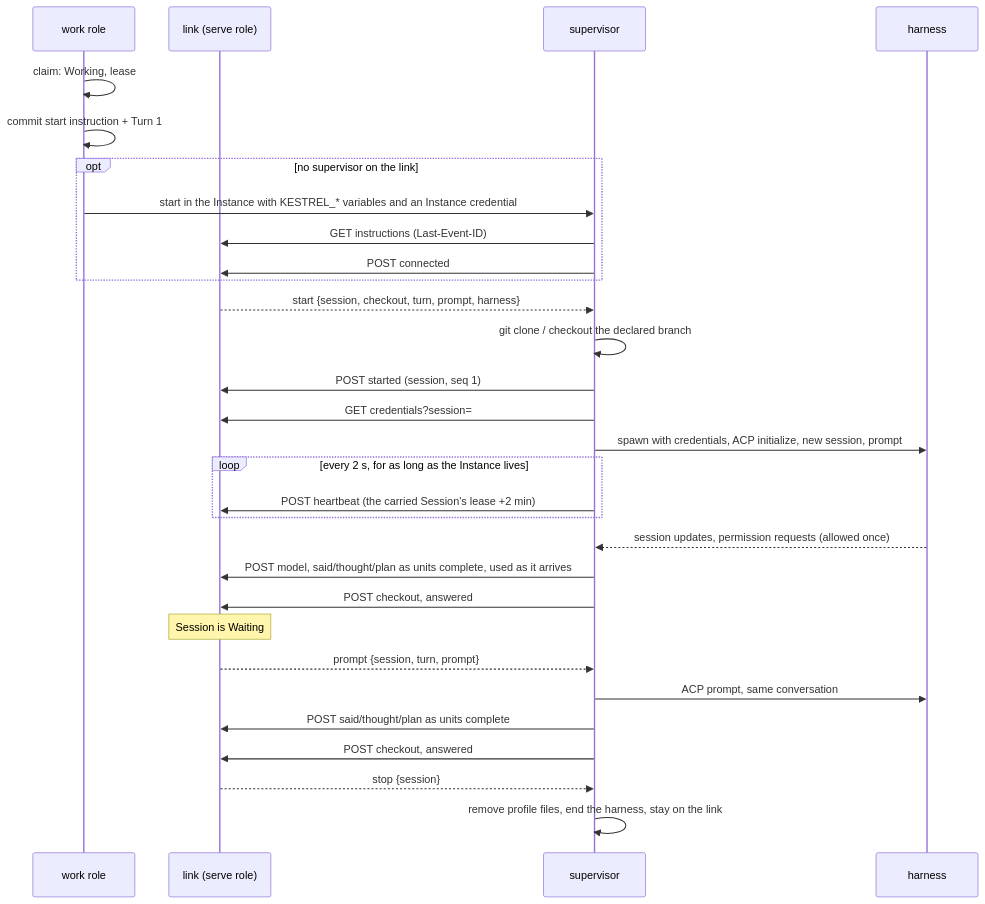
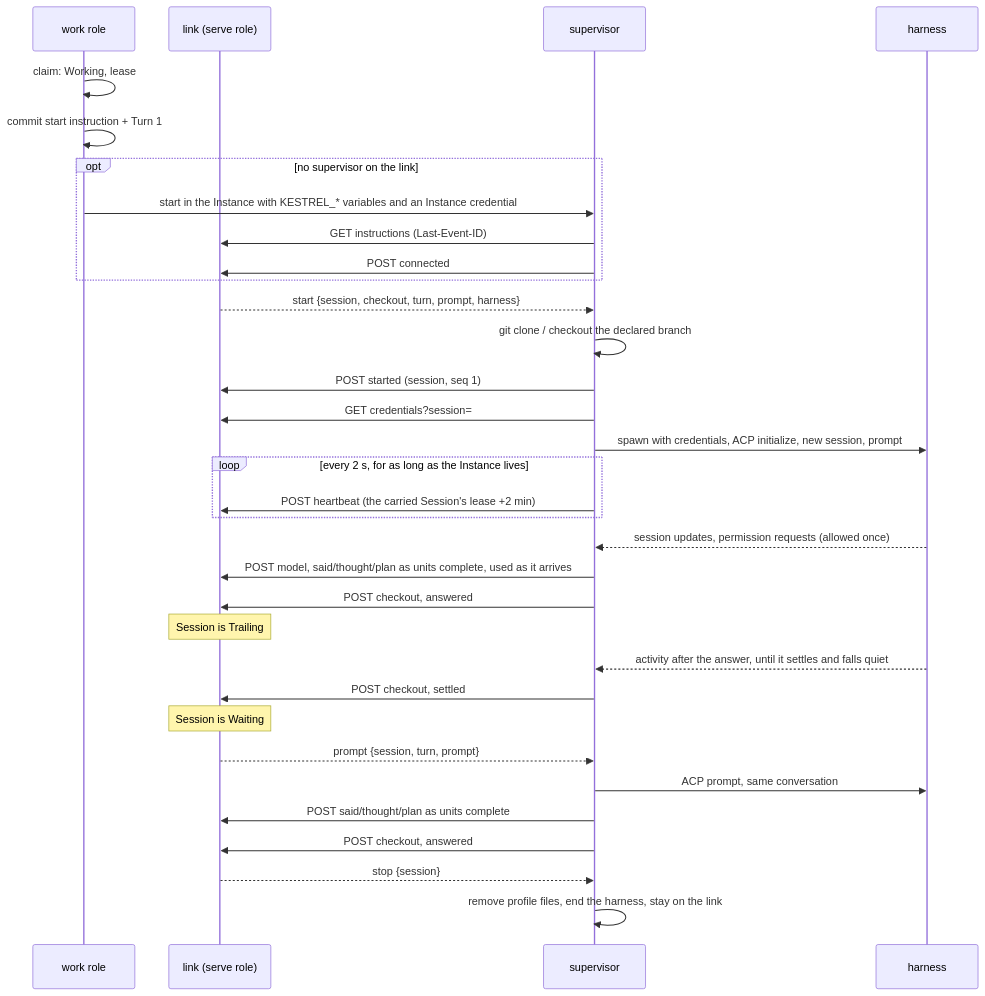
One commit to openkestrel/kestrel changed the diagram in docs/architecture/link.md. Above: the diagram before and after it, drawn with Mermaid. The commit also changed other lines of this file and 31 other files, not shown here.

First line of the commit message:
A Session trails its answer while its agent keeps working (0.3/20)

````diff
--- a/docs/architecture/link.md
+++ b/docs/architecture/link.md
@@ -59,33 +59,36 @@
 ```mermaid
 sequenceDiagram
     participant W as work role
     participant L as link (serve role)
     participant S as supervisor
     participant H as harness
 
     W->>W: claim: Working, lease
     W->>W: commit start instruction + Turn 1
     opt no supervisor on the link
         W->>S: start in the Instance with KESTREL_* variables and an Instance credential
         S->>L: GET instructions (Last-Event-ID)
         S->>L: POST connected
     end
     L-->>S: start {session, checkout, turn, prompt, harness}
     S->>S: git clone / checkout the declared branch
     S->>L: POST started (session, seq 1)
     S->>L: GET credentials?session=
     S->>H: spawn with credentials, ACP initialize, new session, prompt
     loop every 2 s, for as long as the Instance lives
         S->>L: POST heartbeat (the carried Session's lease +2 min)
     end
     H-->>S: session updates, permission requests (allowed once)
     S->>L: POST model, said/thought/plan as units complete, used as it arrives
     S->>L: POST checkout, answered
+    Note over L: Session is Trailing
+    H-->>S: activity after the answer, until it settles and falls quiet
+    S->>L: POST checkout, settled
     Note over L: Session is Waiting
     L-->>S: prompt {session, turn, prompt}
     S->>H: ACP prompt, same conversation
     S->>L: POST said/thought/plan as units complete
     S->>L: POST checkout, answered
     L-->>S: stop {session}
     S->>S: remove profile files, end the harness, stay on the link
 ```
````
